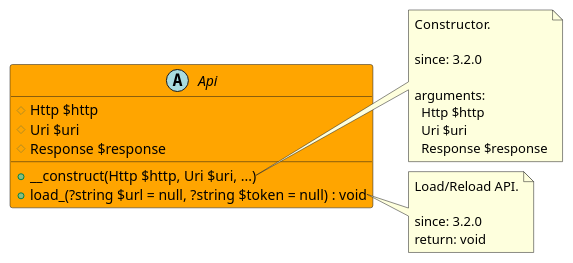
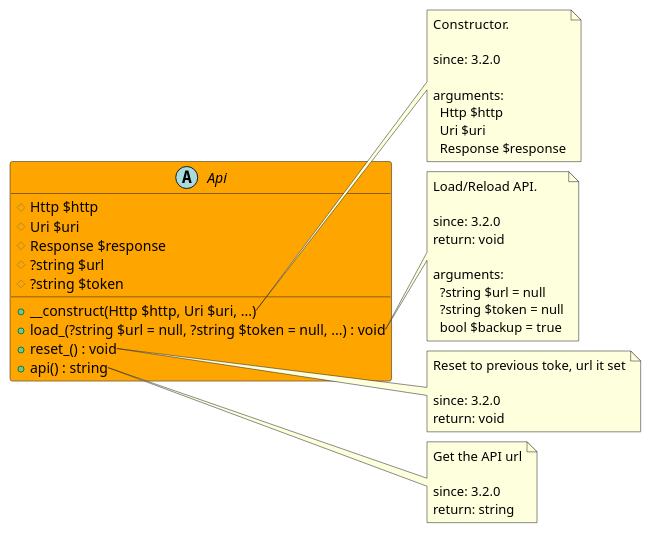
One commit to joomengine/gitea changed the diagram in src/3d7af7a2-dabe-4111-b5fd-c5bfa8755469/README.md. Above: the diagram before and after it, drawn with PlantUML. The commit also changed 12 other files, not shown here.

````diff
--- a/src/3d7af7a2-dabe-4111-b5fd-c5bfa8755469/README.md
+++ b/src/3d7af7a2-dabe-4111-b5fd-c5bfa8755469/README.md
@@ -11,30 +11,53 @@
 ```uml
 @startuml
 abstract Api  #Orange {
   # Http $http
   # Uri $uri
   # Response $response
+  # ?string $url
+  # ?string $token
   + __construct(Http $http, Uri $uri, ...)
-  + load_(?string $url = null, ?string $token = null) : void
+  + load_(?string $url = null, ?string $token = null, ...) : void
+  + reset_() : void
+  + api() : string
 }
 
 note right of Api::__construct
   Constructor.
 
   since: 3.2.0
   
   arguments:
     Http $http
     Uri $uri
     Response $response
 end note
 
 note right of Api::load_
   Load/Reload API.
 
   since: 3.2.0
   return: void
+  
+  arguments:
+    ?string $url = null
+    ?string $token = null
+    bool $backup = true
+end note
+
+note right of Api::reset_
+  Reset to previous toke, url it set
+
+  since: 3.2.0
+  return: void
+end note
+
+note right of Api::api
+  Get the API url
+
+  since: 3.2.0
+  return: string
 end note
  
 @enduml
 ```
````
